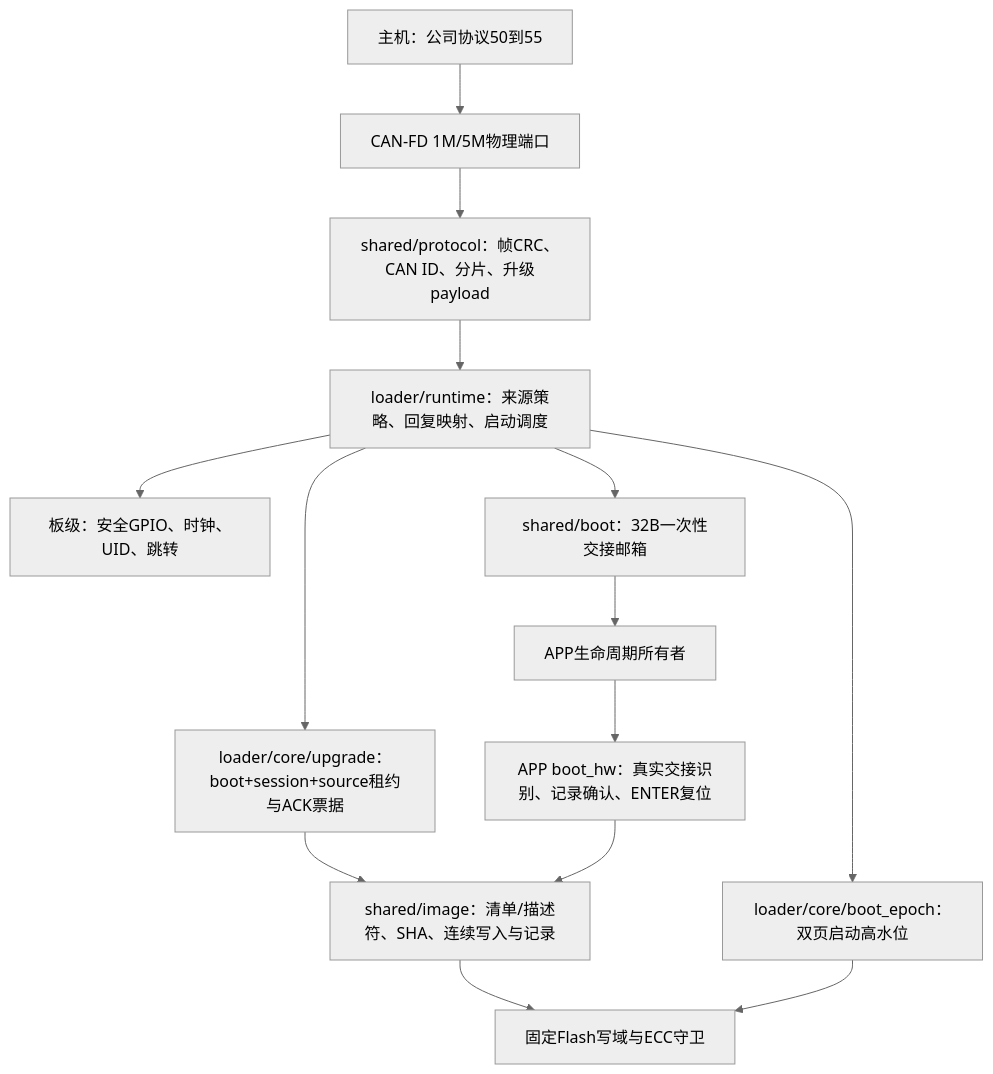
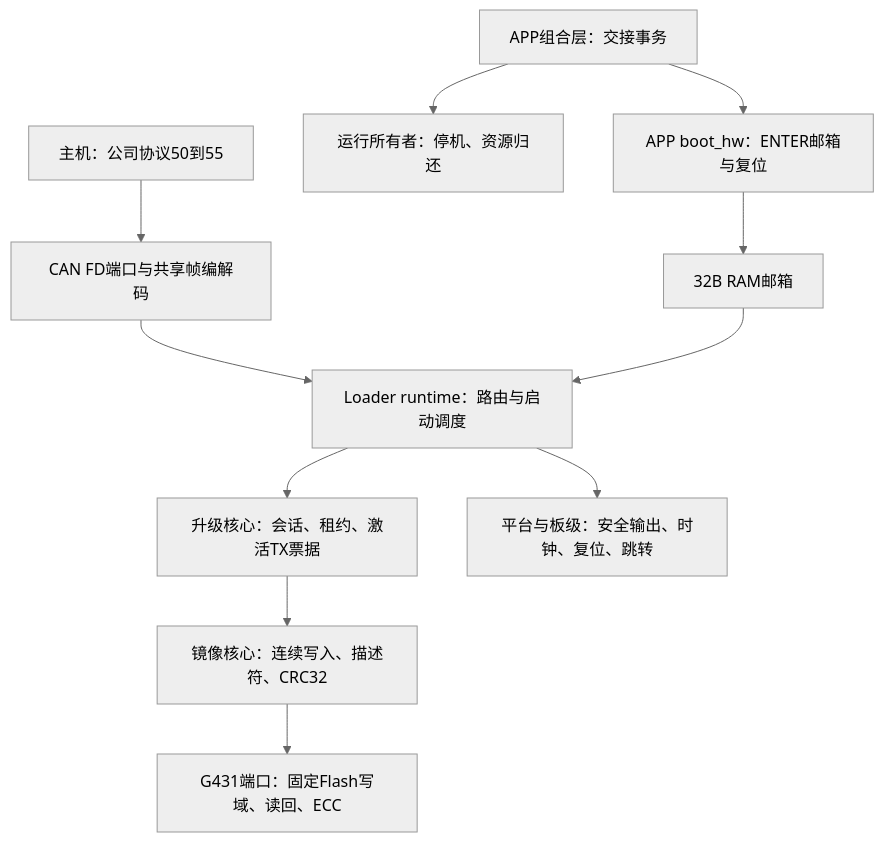
One commit to haoyang877/Vector_Mini_ST_Firmware changed the first of 4 diagrams in docs/architecture/loader/loader_product_v1.md. Above: the diagram before and after it, drawn with Mermaid (neutral theme). The commit also changed other lines of this file and 46 other files, not shown here.

First line of the commit message:
refactor: replace Boot/Record handoff with loader verify-before-jump

````diff
--- a/docs/architecture/loader/loader_product_v1.md
+++ b/docs/architecture/loader/loader_product_v1.md
@@ -8,16 +21,13 @@
 ```mermaid
 flowchart TB
-    Host[主机：公司协议50到55] --> CAN[CAN-FD 1M/5M物理端口]
-    CAN --> Codec[shared/protocol：帧CRC、CAN ID、分片、升级payload]
-    Codec --> Run[loader/runtime：来源策略、回复映射、启动调度]
-    Run --> Upgrade[loader/core/upgrade：boot+session+source租约与ACK票据]
-    Upgrade --> Image[shared/image：清单/描述符、SHA、连续写入与记录]
-    Run --> Boot[loader/core/boot_epoch：双页启动高水位]
-    Image --> Flash[固定Flash写域与ECC守卫]
-    Boot --> Flash
-    Run --> Board[板级：安全GPIO、时钟、UID、跳转]
-    Run --> Mailbox[shared/boot：32B一次性交接邮箱]
-    Mailbox --> App[APP生命周期所有者]
-    App --> AppPort[APP boot_hw：真实交接识别、记录确认、ENTER复位]
-    AppPort --> Image
+    Host[主机：公司协议50到55] --> Wire[CAN FD端口与共享帧编解码]
+    Wire --> Runtime[Loader runtime：路由与启动调度]
+    Runtime --> Upgrade[升级核心：会话、租约、激活TX票据]
+    Upgrade --> Image[镜像核心：连续写入、描述符、CRC32]
+    Image --> Flash[G431端口：固定Flash写域、读回、ECC]
+    Runtime --> Platform[平台与板级：安全输出、时钟、复位、跳转]
+    App[APP组合层：交接事务] --> Owner[运行所有者：停机、资源归还]
+    App --> BootHw[APP boot_hw：ENTER邮箱与复位]
+    BootHw --> Mailbox[32B RAM邮箱]
+    Mailbox --> Runtime
 ```
````
